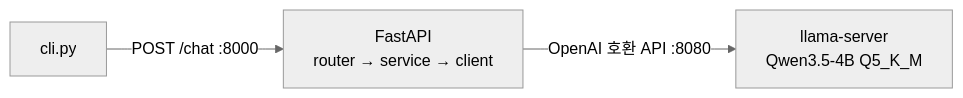
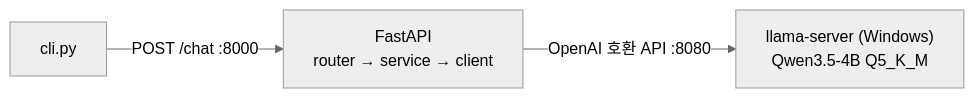
The diagram in README.md (RyanKim0830/Tinker), drawn with Mermaid (neutral theme) before and after one commit. The commit also changed other lines of this file and 9 other files, not shown here.

Commit message:
feat: add option that run llama-server in native window - add powershell script

````diff
--- a/README.md
+++ b/README.md
@@ -6,5 +6,5 @@
 ```mermaid
 flowchart LR
     cli["cli.py"] -- "POST /chat :8000" --> api["FastAPI<br/>router → service → client"]
-    api -- "OpenAI 호환 API :8080" --> llama["llama-server<br/>Qwen3.5-4B Q5_K_M"]
+    api -- "OpenAI 호환 API :8080" --> llama["llama-server (Windows)<br/>Qwen3.5-4B Q5_K_M"]
 ```
````
